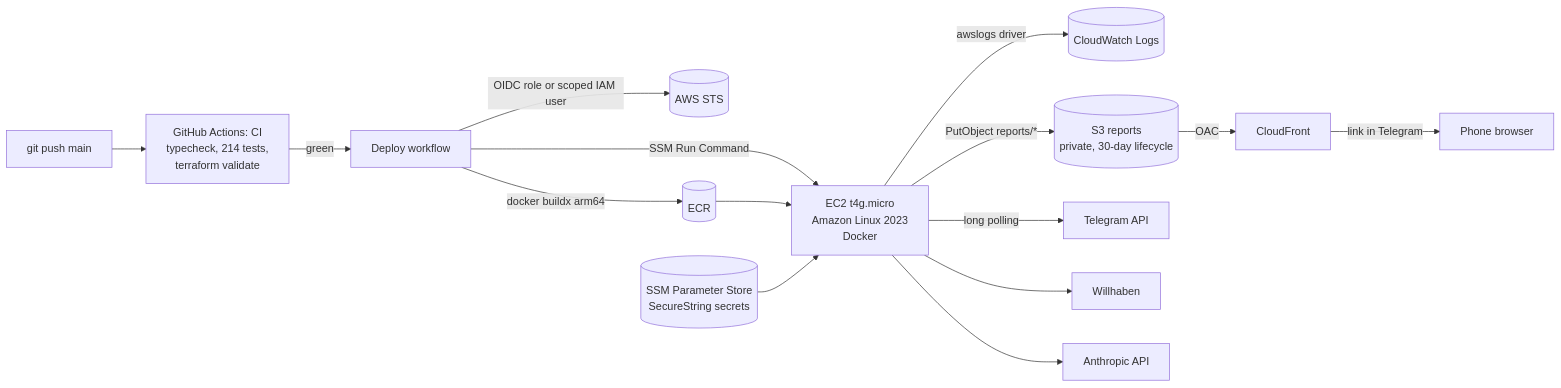
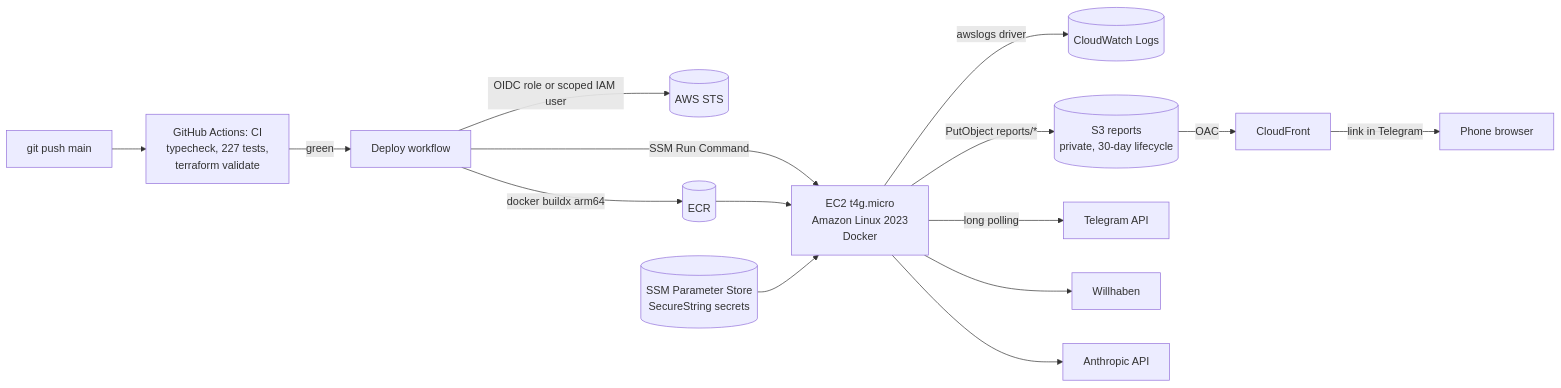
The diagram in docs/aws.md (IvanSytnik/dealradar), drawn with Mermaid before and after one commit. The commit also changed 1 other file, not shown here.

Commit message:
docs: languages

````diff
--- a/docs/aws.md
+++ b/docs/aws.md
@@ -6,16 +6,16 @@
 ```mermaid
 flowchart LR
-  dev[git push main] --> ci[GitHub Actions: CI<br/>typecheck, 214 tests,<br/>terraform validate]
+  dev[git push main] --> ci[GitHub Actions: CI<br/>typecheck, 227 tests,<br/>terraform validate]
   ci -->|green| cd[Deploy workflow]
   cd -->|OIDC role or scoped IAM user| sts[(AWS STS)]
   cd -->|docker buildx arm64| ecr[(ECR)]
   cd -->|SSM Run Command| ec2[EC2 t4g.micro<br/>Amazon Linux 2023<br/>Docker]
   ecr --> ec2
   ssm[(SSM Parameter Store<br/>SecureString secrets)] --> ec2
   ec2 -->|awslogs driver| cw[(CloudWatch Logs)]
   ec2 -->|PutObject reports/*| s3[(S3 reports<br/>private, 30-day lifecycle)]
   s3 -->|OAC| cf[CloudFront] -->|link in Telegram| user[Phone browser]
   ec2 -->|long polling| tg[Telegram API]
   ec2 --> wh[Willhaben]
   ec2 --> ai[Anthropic API]
 ```
````
